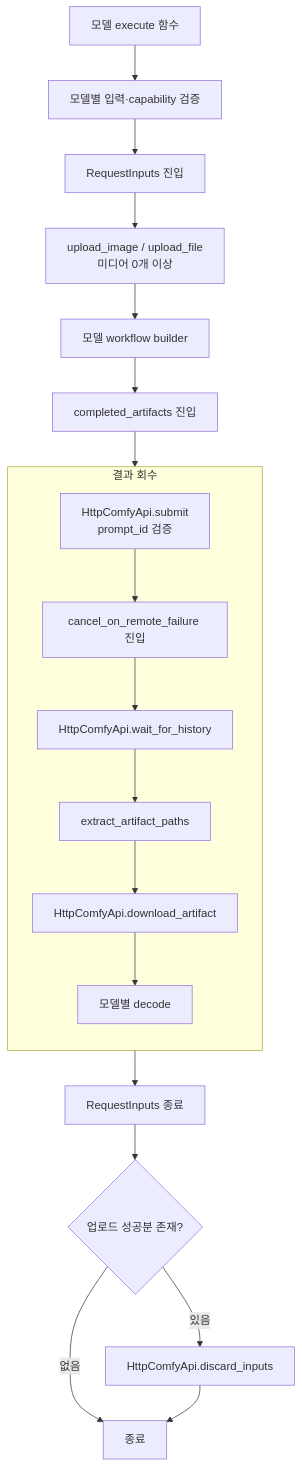
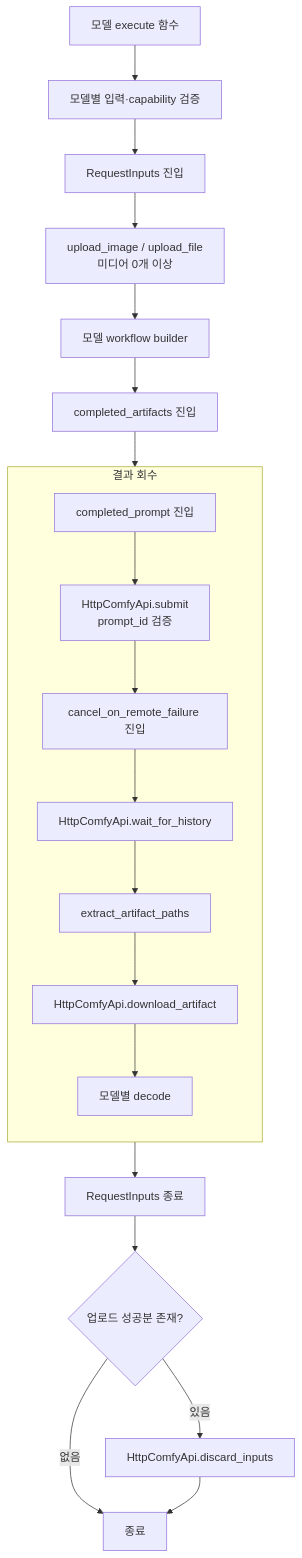
Before and after one commit to pollux-o4/RemoteWorker: the first of 4 diagrams in docs/architecture/04-code.md, drawn with Mermaid. The commit also changed other lines of this file and 65 other files, not shown here.

````diff
--- a/docs/architecture/04-code.md
+++ b/docs/architecture/04-code.md
@@ -5,24 +5,25 @@
 ```mermaid
 flowchart TB
     Model[모델 execute 함수] --> Preflight[모델별 입력·capability 검증]
     Preflight --> Inputs["RequestInputs 진입"]
     Inputs --> Upload["upload_image / upload_file<br/>미디어 0개 이상"]
     Upload --> Build[모델 workflow builder]
     Build --> Completed[completed_artifacts 진입]
     subgraph Recovery[결과 회수]
         direction TB
+        Prompt[completed_prompt 진입]
         Submit["HttpComfyApi.submit<br/>prompt_id 검증"]
         Scope[cancel_on_remote_failure 진입]
         History[HttpComfyApi.wait_for_history]
         Extract[extract_artifact_paths]
         Download[HttpComfyApi.download_artifact]
         Decode[모델별 decode]
         Submit --> Scope --> History --> Extract --> Download --> Decode
     end
-    Completed --> Submit
+    Completed --> Prompt --> Submit
     Decode --> Exit[RequestInputs 종료]
     Exit --> Uploaded{업로드 성공분 존재?}
     Uploaded -->|있음| Discard[HttpComfyApi.discard_inputs]
     Uploaded -->|없음| Done[종료]
     Discard --> Done
 ```
````
